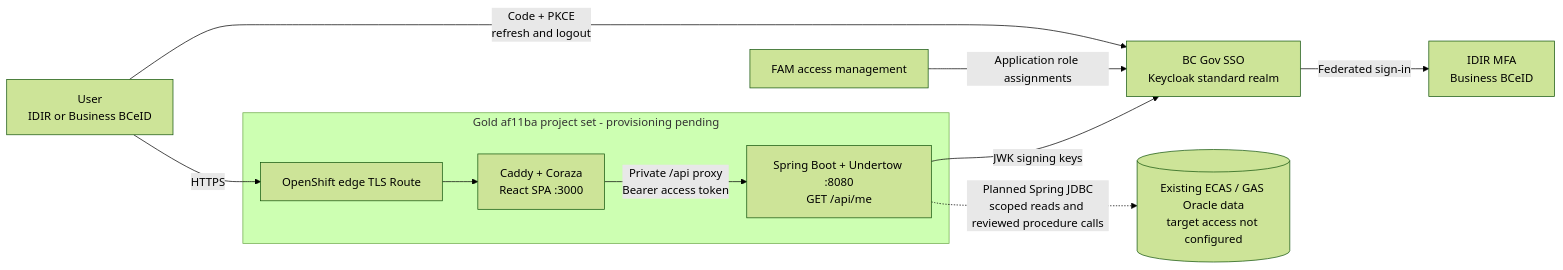
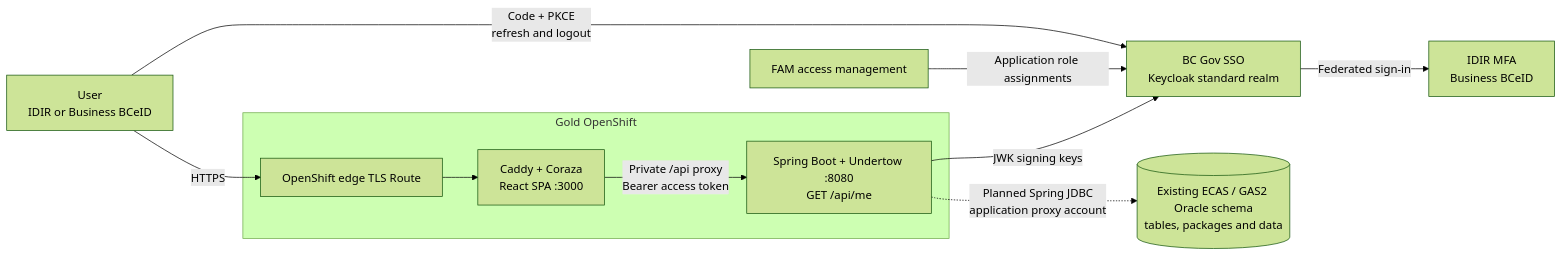
The first of 4 diagrams in docs/architecture.md (bcgov/nr-taps), drawn with Mermaid (forest theme) before and after one commit. The commit also changed other lines of this file and 9 other files, not shown here.

````diff
--- a/docs/architecture.md
+++ b/docs/architecture.md
@@ -9,13 +11,13 @@
 ```mermaid
 flowchart LR
     User["User<br/>IDIR or Business BCeID"] -->|HTTPS| Route["OpenShift edge TLS Route"]
-    subgraph Gold["Gold af11ba project set - provisioning pending"]
+    subgraph Gold["Gold OpenShift"]
         Route --> Frontend["Caddy + Coraza<br/>React SPA :3000"]
         Frontend -->|"Private /api proxy<br/>Bearer access token"| Backend["Spring Boot + Undertow :8080<br/>GET /api/me"]
     end
     User -->|"Code + PKCE<br/>refresh and logout"| SSO["BC Gov SSO<br/>Keycloak standard realm"]
     SSO -->|"Federated sign-in"| IDP["IDIR MFA<br/>Business BCeID"]
     FAM["FAM access management"] -->|"Application role assignments"| SSO
     Backend -->|"JWK signing keys"| SSO
-    Backend -.->|"Planned Spring JDBC<br/>scoped reads and reviewed procedure calls"| Oracle[("Existing ECAS / GAS Oracle data<br/>target access not configured")]
+    Backend -.->|"Planned Spring JDBC<br/>application proxy account"| Oracle[("Existing ECAS / GAS2 Oracle schema<br/>tables, packages and data")]
 ```
````
